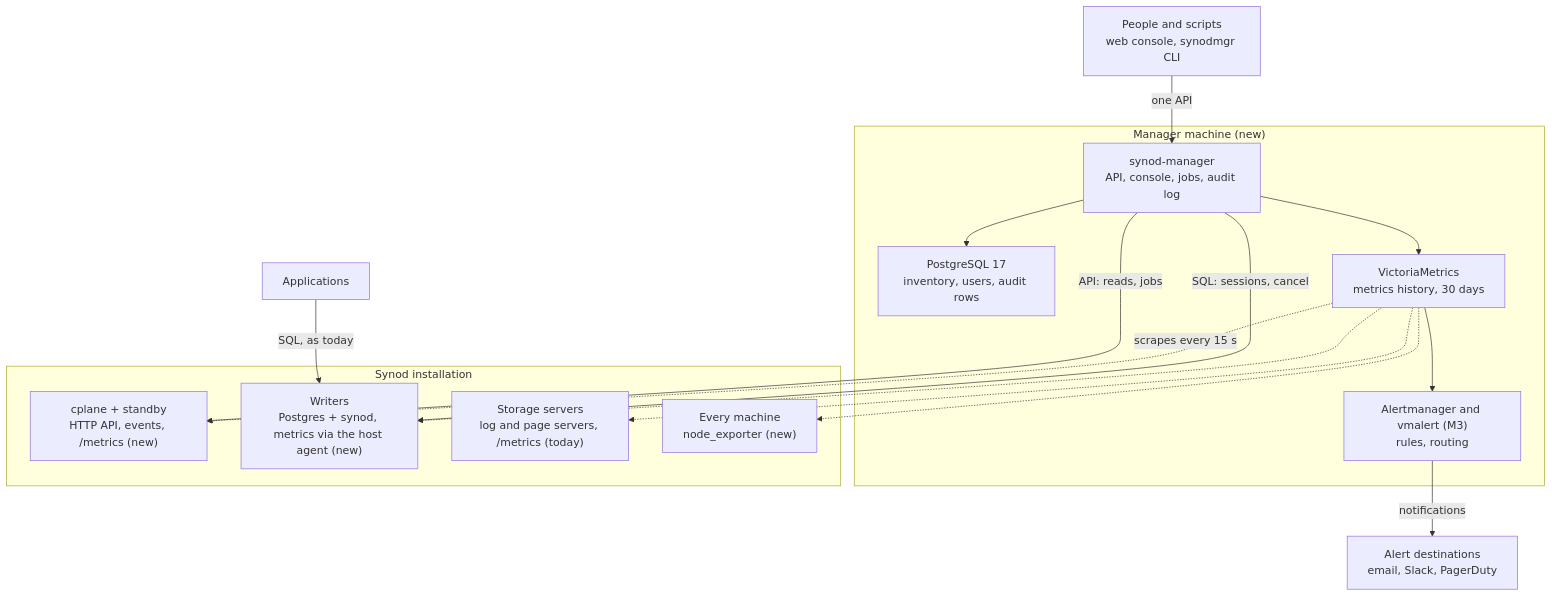
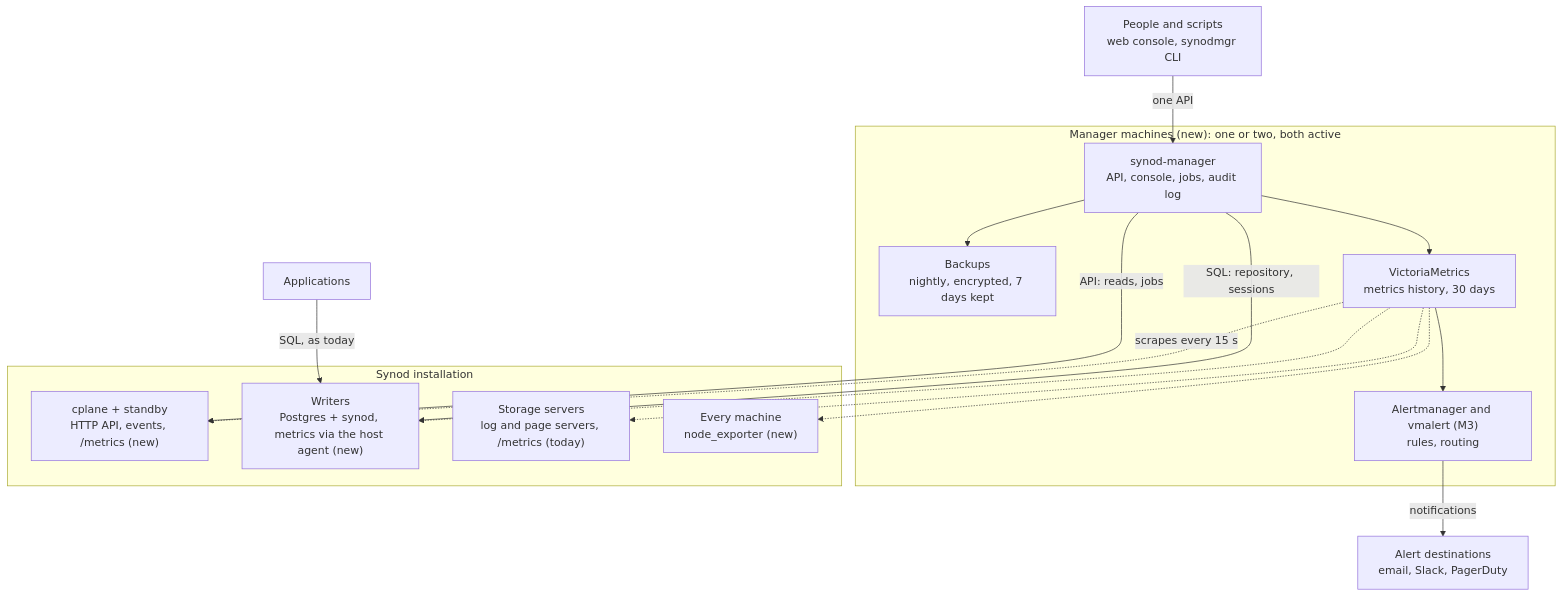
Before and after one commit to sangrhee88/synodmgr: the diagram in docs/design.md, drawn with Mermaid. The commit also changed other lines of this file, not shown here.

First line of the commit message:
docs/design.md: repository on Synod, two manager machines, backups, Recovery and scale (copy of the Claude Doc, rev 79)

````diff
--- a/docs/design.md
+++ b/docs/design.md
@@ -82,30 +84,30 @@
 ```mermaid
 flowchart TB
   people["People and scripts<br/>web console, synodmgr CLI"]
   alerts["Alert destinations<br/>email, Slack, PagerDuty"]
-  subgraph mgr["Manager machine (new)"]
-    pg["PostgreSQL 17<br/>inventory, users, audit rows"]
+  subgraph mgr["Manager machines (new): one or two, both active"]
+    bk["Backups<br/>nightly, encrypted, 7 days kept"]
     sm["synod-manager<br/>API, console, jobs, audit log"]
     vm["VictoriaMetrics<br/>metrics history, 30 days"]
     am["Alertmanager and vmalert (M3)<br/>rules, routing"]
   end
   subgraph inst["Synod installation"]
     cp["cplane + standby<br/>HTTP API, events, /metrics (new)"]
     wr["Writers<br/>Postgres + synod, metrics via the host agent (new)"]
     st["Storage servers<br/>log and page servers, /metrics (today)"]
     em["Every machine<br/>node_exporter (new)"]
   end
   apps["Applications"]
   people -->|one API| sm
-  sm --> pg
+  sm --> bk
   sm --> vm
   vm --> am
   am -->|notifications| alerts
   sm -->|"API: reads, jobs"| cp
-  sm -->|"SQL: sessions, cancel"| wr
+  sm -->|"SQL: repository, sessions"| wr
   vm -.->|scrapes every 15 s| cp
   vm -.-> wr
   vm -.-> st
   vm -.-> em
   apps -->|"SQL, as today"| wr
 ```
````
